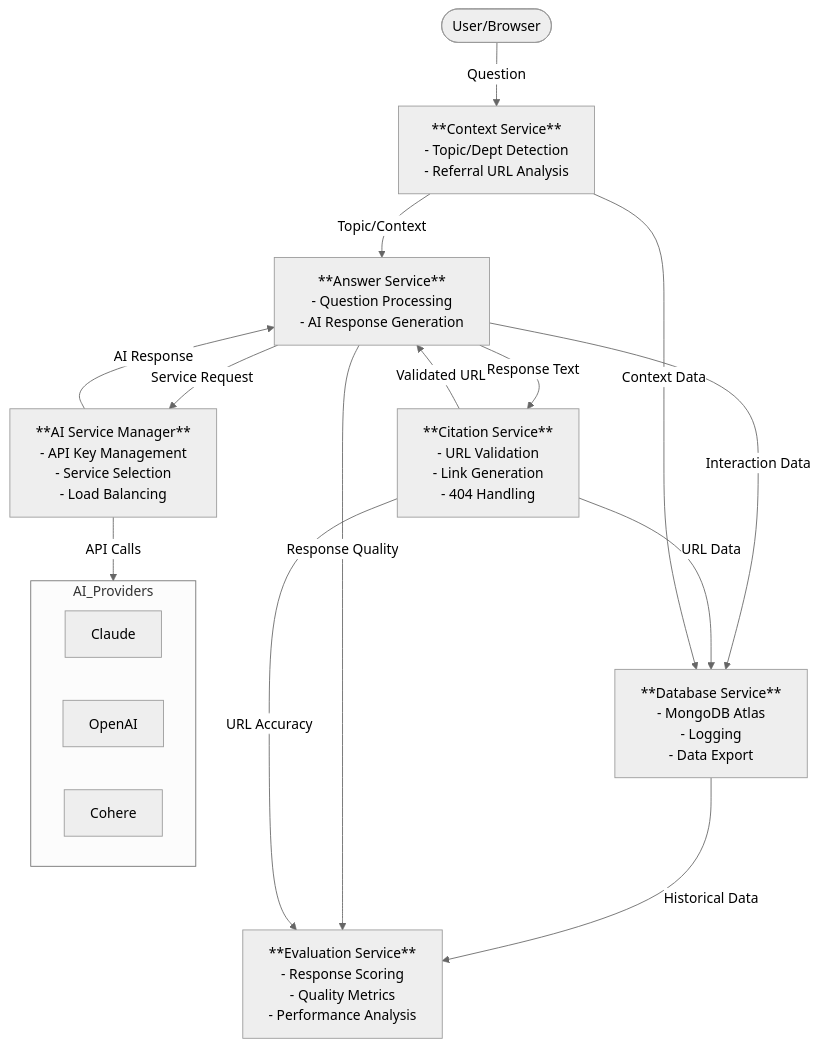
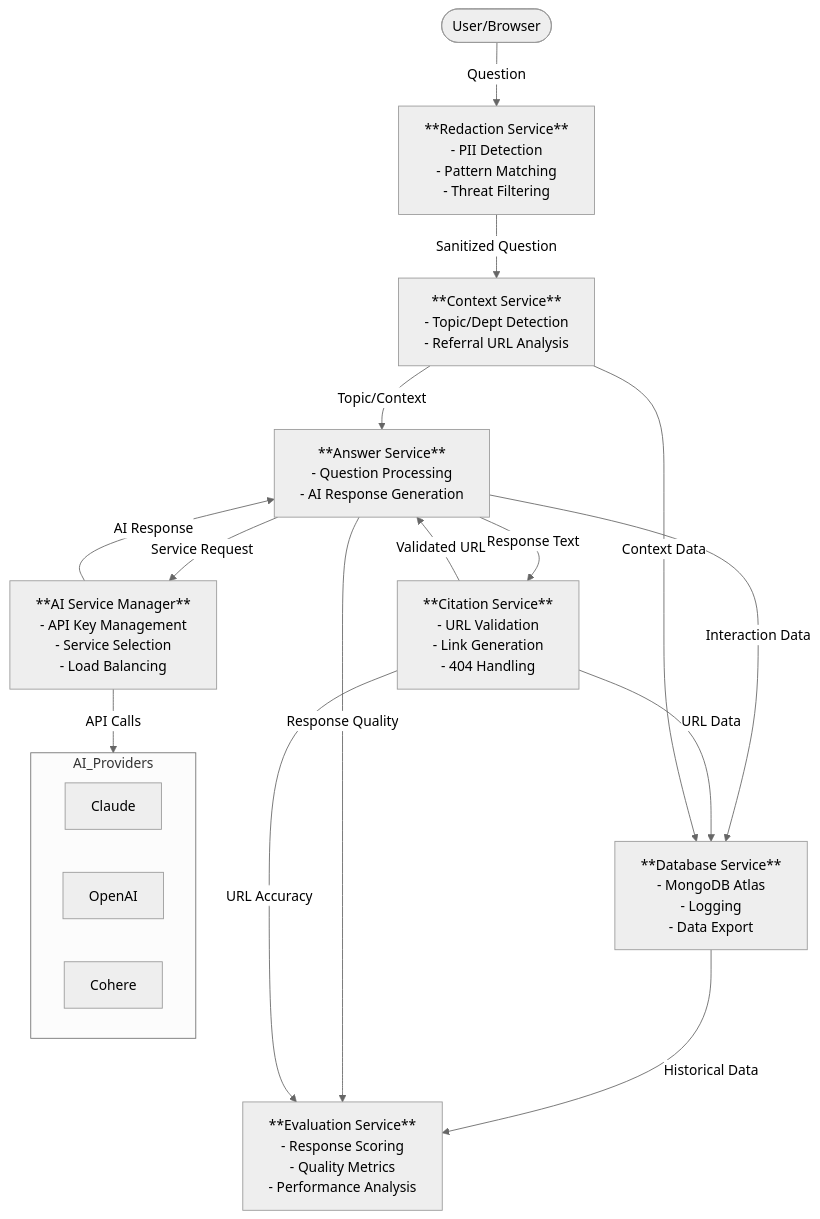
The diagram in README.md (ryanhyma/react-answers), drawn with Mermaid (neutral theme) before and after one commit. The commit also changed 1 other file, not shown here.

Commit message:
contact change with Annie

````diff
--- a/README.md
+++ b/README.md
@@ -171,33 +171,35 @@
 ```mermaid
 flowchart TB
     User(["User/Browser"])
+    Redaction["**Redaction Service**<br>- PII Detection<br>- Pattern Matching<br>- Threat Filtering"]
     Context["**Context Service**<br>- Topic/Dept Detection<br>- Referral URL Analysis"]
     Answer["**Answer Service**<br>- Question Processing<br>- AI Response Generation"]
     AIManager["**AI Service Manager**<br>- API Key Management<br>- Service Selection<br>- Load Balancing"]
     Citation["**Citation Service**<br>- URL Validation<br>- Link Generation<br>- 404 Handling"]
     DB["**Database Service**<br>- MongoDB Atlas<br>- Logging<br>- Data Export"]
     Eval["**Evaluation Service**<br>- Response Scoring<br>- Quality Metrics<br>- Performance Analysis"]
 
-    User -->|Question| Context
+    User -->|Question| Redaction
+    Redaction -->|Sanitized Question| Context
     Context -->|Topic/Context| Answer
     Answer -->|Service Request| AIManager
     AIManager -->|AI Response| Answer
     Answer -->|Response Text| Citation
     Citation -->|Validated URL| Answer
     
     Answer -->|Interaction Data| DB
     Citation -->|URL Data| DB
     Context -->|Context Data| DB
     
     DB -->|Historical Data| Eval
     Answer -->|Response Quality| Eval
     Citation -->|URL Accuracy| Eval
     
     subgraph AI_Providers
         Claude["Claude"]
         GPT["OpenAI"]
         Cohere["Cohere"]
     end
     
     AIManager -->|API Calls| AI_Providers
 ```
````
